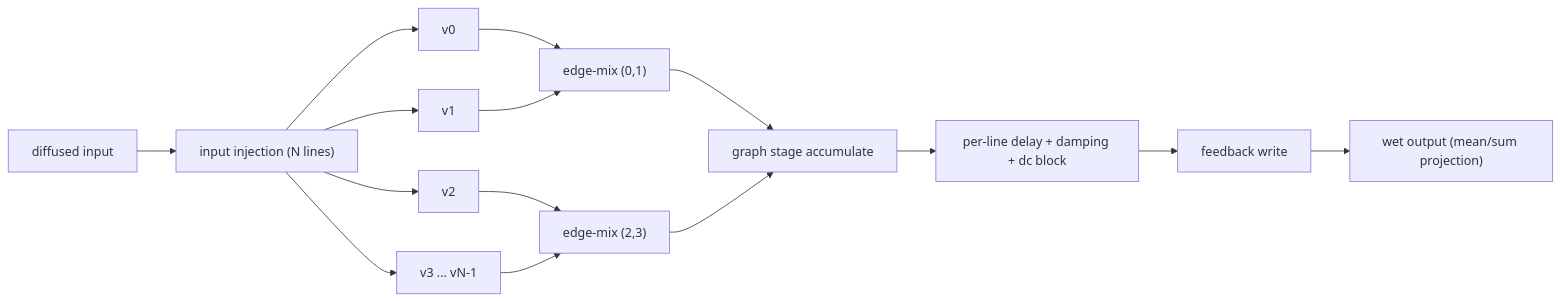
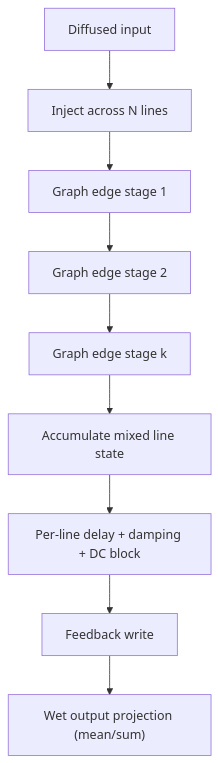
Diagram 12 of 12 in README.md (TheColby/verbx), drawn with Mermaid before and after one commit. The commit also changed other lines of this file, not shown here.

Commit message:
docs: retypeset architecture/fdn graphs and define equation variables

````diff
--- a/README.md
+++ b/README.md
@@ -1492,17 +1591,11 @@
 ```mermaid
-flowchart LR
-  In["diffused input"] --> Split["input injection (N lines)"]
-  Split --> V0["v0"]
-  Split --> V1["v1"]
-  Split --> V2["v2"]
-  Split --> V3["v3 ... vN-1"]
-  V0 --> E01["edge-mix (0,1)"]
-  V1 --> E01
-  V2 --> E23["edge-mix (2,3)"]
-  V3 --> E23
-  E01 --> Acc["graph stage accumulate"]
-  E23 --> Acc
-  Acc --> D["per-line delay + damping + dc block"]
-  D --> FB["feedback write"]
-  FB --> Out["wet output (mean/sum projection)"]
+flowchart TD
+  A["Diffused input"] --> B["Inject across N lines"]
+  B --> C["Graph edge stage 1"]
+  C --> D["Graph edge stage 2"]
+  D --> E["Graph edge stage k"]
+  E --> F["Accumulate mixed line state"]
+  F --> G["Per-line delay + damping + DC block"]
+  G --> H["Feedback write"]
+  H --> I["Wet output projection (mean/sum)"]
 ```
````
